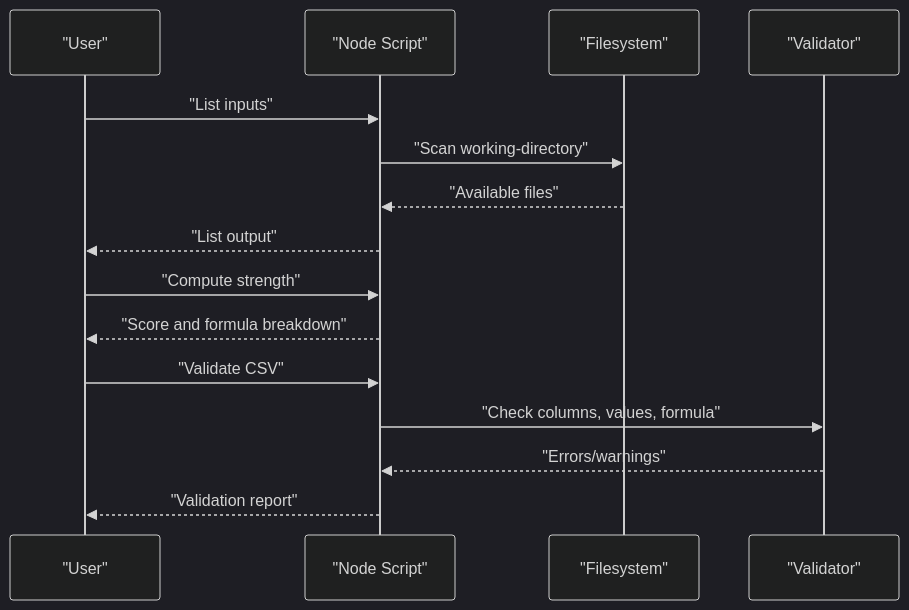
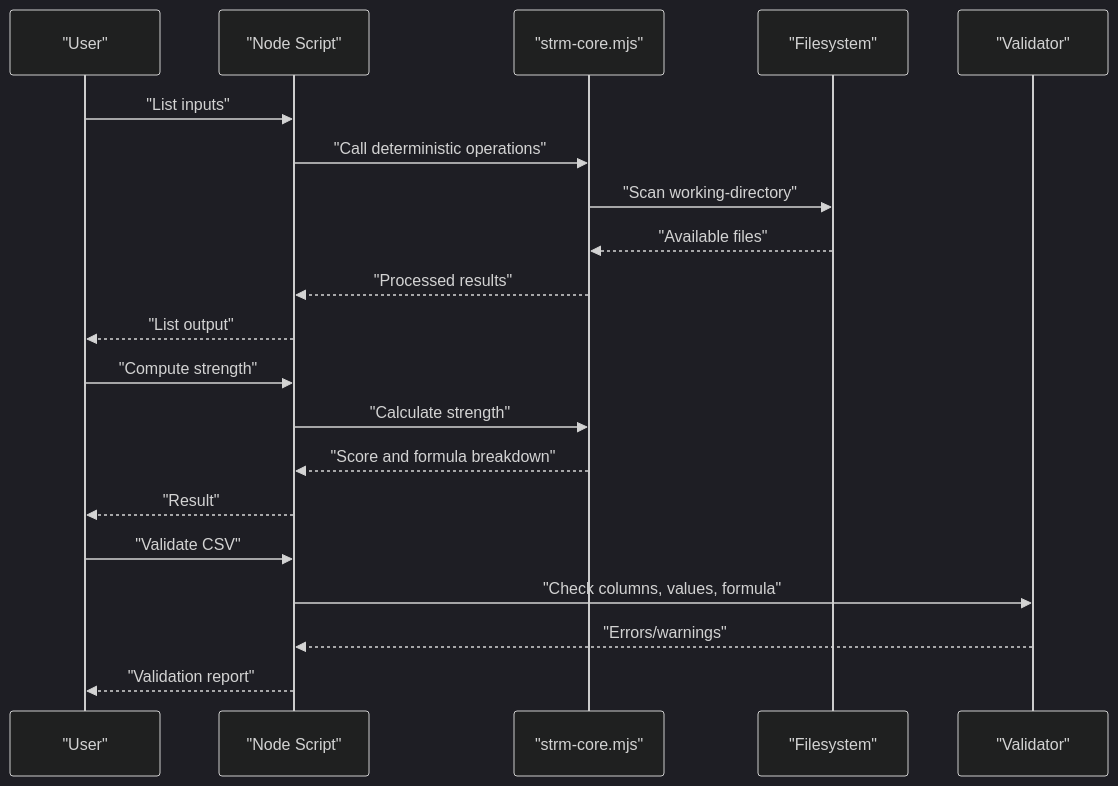
The fifth of 11 diagrams in .qoder/repowiki/en/content/Development and Contributing Guidelines.md (austinsonger/GRC-Mapping-Analyst), drawn with Mermaid (dark theme) before and after one commit. The commit also changed other lines of this file and 4 other files, not shown here.

````diff
--- a/.qoder/repowiki/en/content/Development and Contributing Guidelines.md
+++ b/.qoder/repowiki/en/content/Development and Contributing Guidelines.md
@@ -262,17 +292,22 @@
 ```mermaid
 sequenceDiagram
 participant User as "User"
 participant Script as "Node Script"
+participant Core as "strm-core.mjs"
 participant FS as "Filesystem"
 participant Validator as "Validator"
 User->>Script : "List inputs"
-Script->>FS : "Scan working-directory"
-FS-->>Script : "Available files"
+Script->>Core : "Call deterministic operations"
+Core->>FS : "Scan working-directory"
+FS-->>Core : "Available files"
+Core-->>Script : "Processed results"
 Script-->>User : "List output"
 User->>Script : "Compute strength"
-Script-->>User : "Score and formula breakdown"
+Script->>Core : "Calculate strength"
+Core-->>Script : "Score and formula breakdown"
+Script-->>User : "Result"
 User->>Script : "Validate CSV"
 Script->>Validator : "Check columns, values, formula"
 Validator-->>Script : "Errors/warnings"
 Script-->>User : "Validation report"
 ```
````
